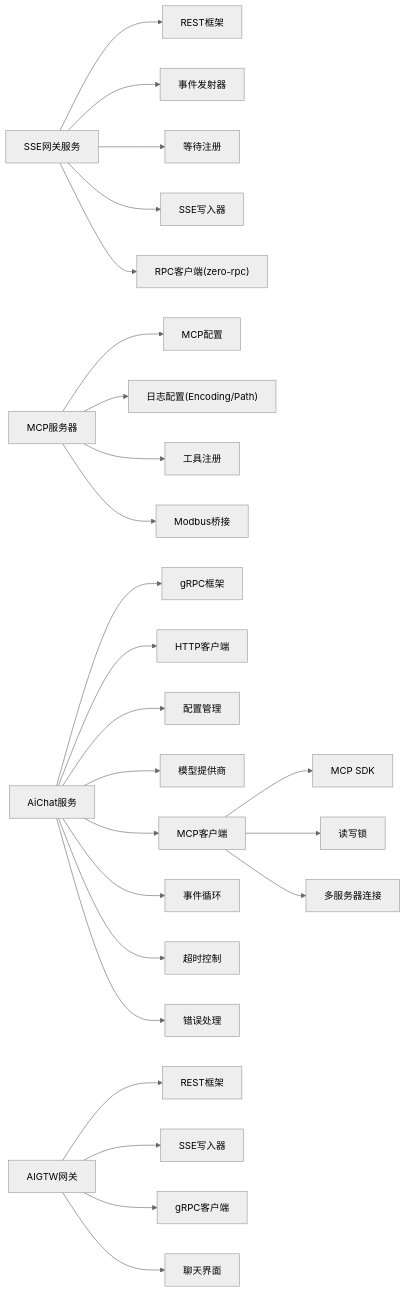
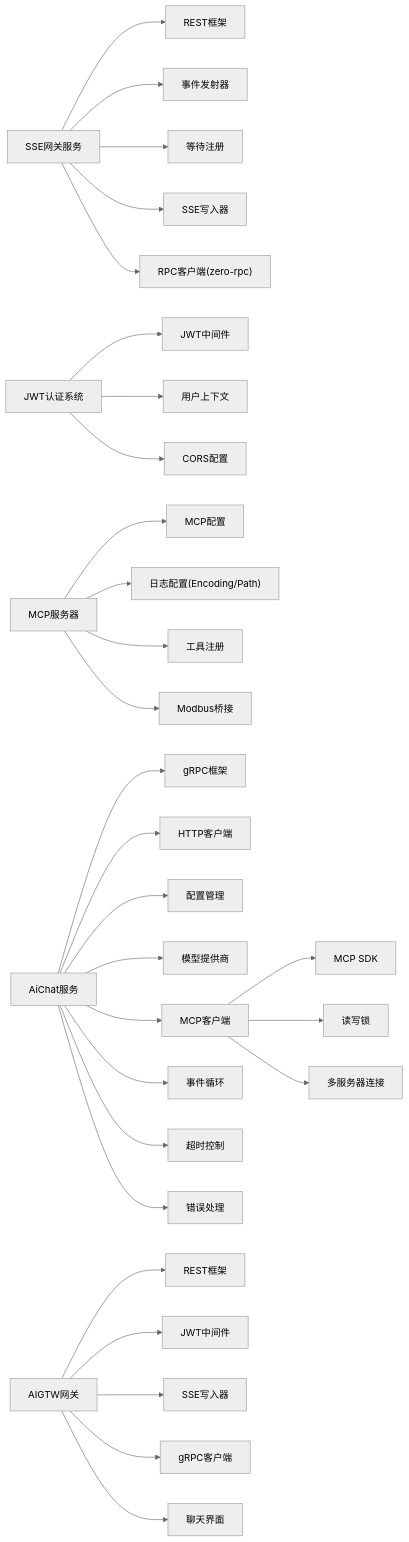
Before and after one commit to maomao94/zero-service: the eighth of 8 diagrams in .qoder/repowiki/zh/content/AI应用模块/AI应用模块.md, drawn with Mermaid (neutral theme). The commit also changed other lines of this file and 29 other files, not shown here.

````diff
--- a/.qoder/repowiki/zh/content/AI应用模块/AI应用模块.md
+++ b/.qoder/repowiki/zh/content/AI应用模块/AI应用模块.md
@@ -654,27 +727,31 @@
 ```mermaid
 graph LR
 SSE["SSE网关服务"] --> REST["REST框架"]
 SSE --> EVT["事件发射器"]
 SSE --> REG["等待注册"]
 SSE --> WR["SSE写入器"]
 SSE --> RPC["RPC客户端(zero-rpc)"]
+JWT["JWT认证系统"] --> JWTMW["JWT中间件"]
+JWT --> CTX["用户上下文"]
+JWT --> CORS["CORS配置"]
 MCP["MCP服务器"] --> MCPCFG["MCP配置"]
 MCP --> LOGCFG["日志配置(Encoding/Path)"]
 MCP --> TOOL["工具注册"]
 MCP --> BRIDGE["Modbus桥接"]
 AICHAT["AiChat服务"] --> GRPC["gRPC框架"]
 AICHAT --> HTTPC["HTTP客户端"]
 AICHAT --> CFG["配置管理"]
 AICHAT --> PROV["模型提供商"]
 AICHAT --> MCPCLI["MCP客户端"]
 MCPCLI --> MCPSDK["MCP SDK"]
 MCPCLI --> LOCK["读写锁"]
 MCPCLI --> MULTISRV["多服务器连接"]
 AICHAT --> LOOP["事件循环"]
 AICHAT --> TIMEOUT["超时控制"]
 AICHAT --> ERR["错误处理"]
 AIGTW["AIGTW网关"] --> REST2["REST框架"]
+AIGTW --> JWT2["JWT中间件"]
 AIGTW --> SSEX["SSE写入器"]
 AIGTW --> GRPCCLI["gRPC客户端"]
 AIGTW --> HTML["聊天界面"]
 ```
````
